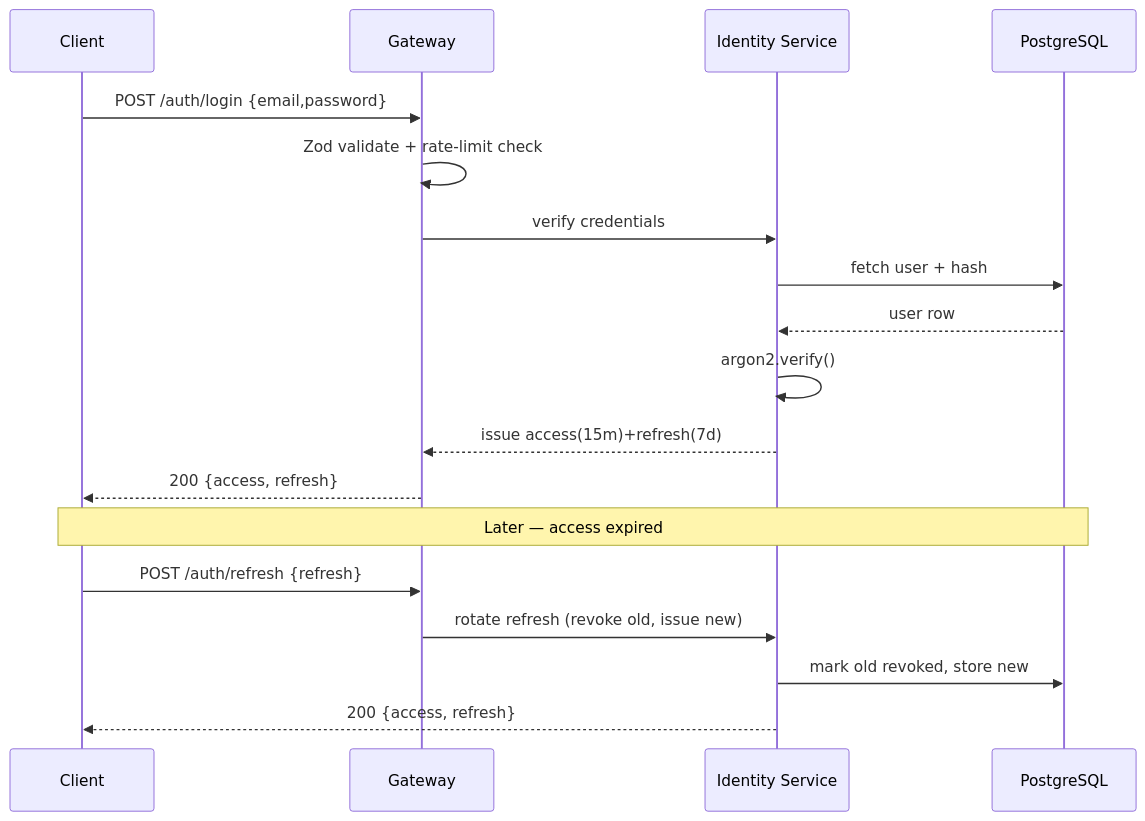
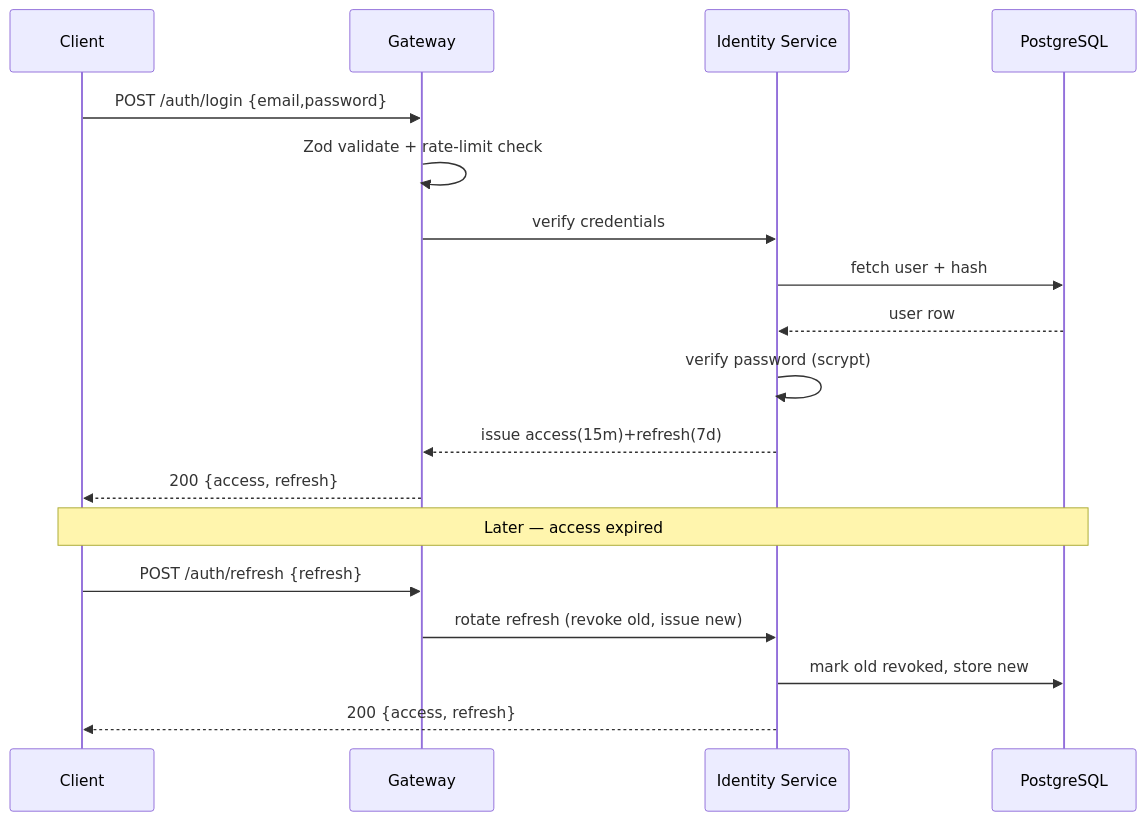
The second of 3 diagrams in docs/TechSpecifications.md (HarshdeepAthawale/UCS503-Software-Engineering), drawn with Mermaid before and after one commit. The commit also changed 50 other files, not shown here.

````diff
--- a/docs/TechSpecifications.md
+++ b/docs/TechSpecifications.md
@@ -252,20 +252,20 @@
 ```mermaid
 sequenceDiagram
     participant C as Client
     participant G as Gateway
     participant I as Identity Service
     participant DB as PostgreSQL
     C->>G: POST /auth/login {email,password}
     G->>G: Zod validate + rate-limit check
     G->>I: verify credentials
     I->>DB: fetch user + hash
     DB-->>I: user row
-    I->>I: argon2.verify()
+    I->>I: verify password (scrypt)
     I-->>G: issue access(15m)+refresh(7d)
     G-->>C: 200 {access, refresh}
     Note over C,DB: Later — access expired
     C->>G: POST /auth/refresh {refresh}
     G->>I: rotate refresh (revoke old, issue new)
     I->>DB: mark old revoked, store new
     I-->>C: 200 {access, refresh}
 ```
````
